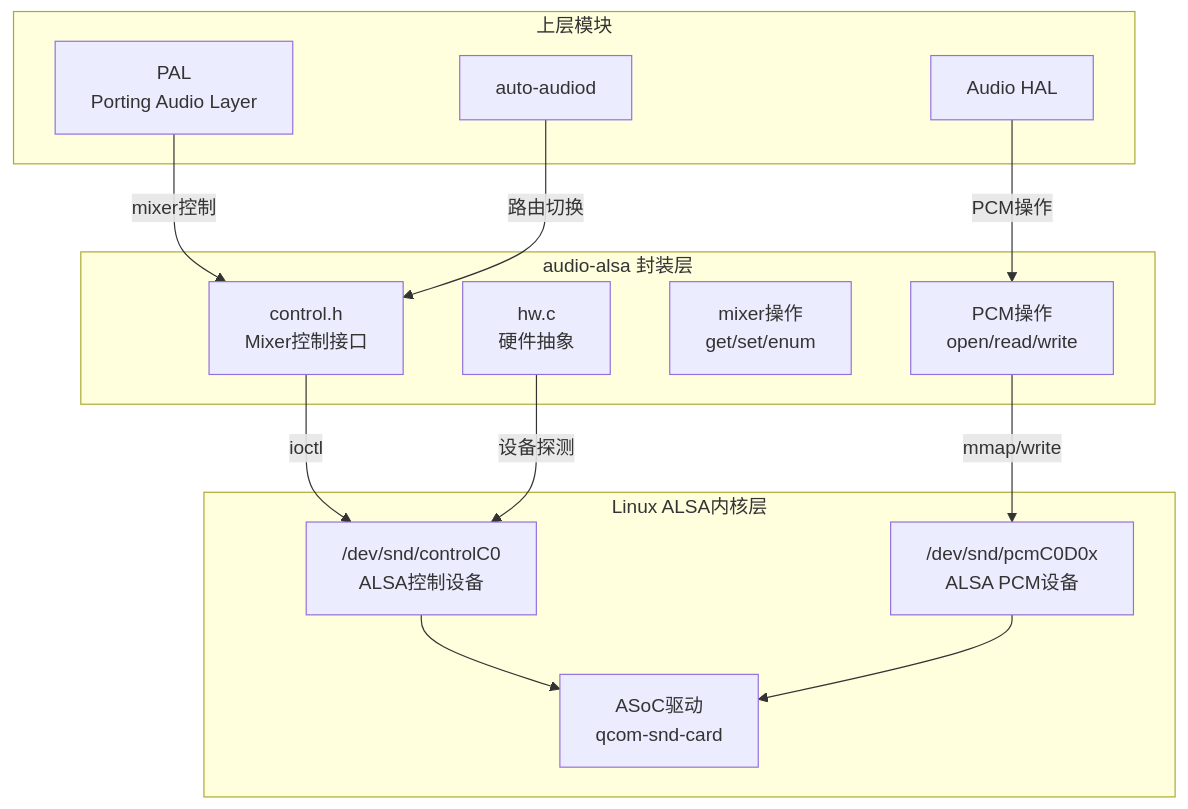
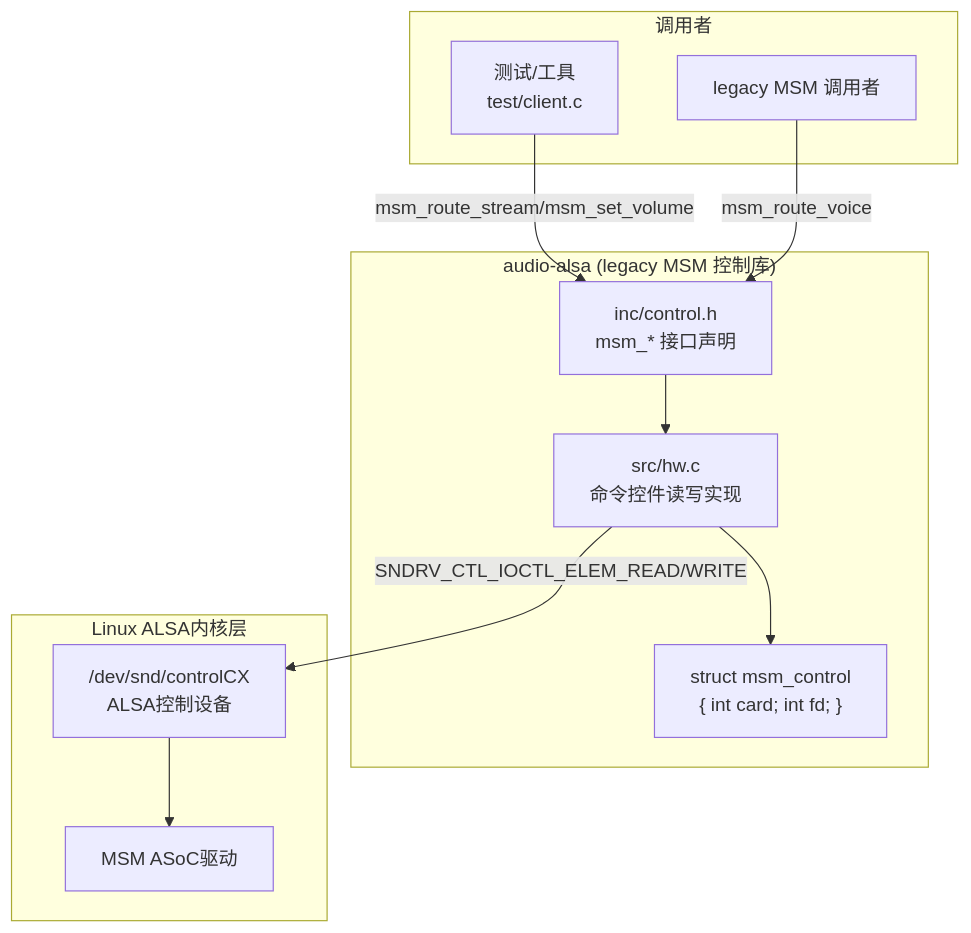
One commit to yanglinzhen1022/SA8295_AAOS_QNX_Audio_KnowledgeBase changed the first of 2 diagrams in 15_PAL_Architecture/15_15.12_QC_audio-alsa_ALSA层实现.md. Above: the diagram before and after it, drawn with Mermaid. The commit also changed other lines of this file and 48 other files, not shown here.

````diff
--- a/15_PAL_Architecture/15_15.12_QC_audio-alsa_ALSA层实现.md
+++ b/15_PAL_Architecture/15_15.12_QC_audio-alsa_ALSA层实现.md
@@ -19,30 +25,25 @@
 ```mermaid
 graph TB
-    subgraph Upper["上层模块"]
-        PAL["PAL<br/>Porting Audio Layer"]
-        HAL["Audio HAL"]
-        AUDIOD["auto-audiod"]
+    subgraph Upper["调用者"]
+        TOOL["测试/工具<br/>test/client.c"]
+        LEGACY["legacy MSM 调用者"]
     end
 
-    subgraph AudioALSA["audio-alsa 封装层"]
-        CTL["control.h<br/>Mixer控制接口"]
-        HW["hw.c<br/>硬件抽象"]
-        MIXER["mixer操作<br/>get/set/enum"]
-        PCM_OPS["PCM操作<br/>open/read/write"]
+    subgraph AudioALSA["audio-alsa (legacy MSM 控制库)"]
+        CTL["inc/control.h<br/>msm_* 接口声明"]
+        HW["src/hw.c<br/>命令控件读写实现"]
+        MC["struct msm_control<br/>{ int card; int fd; }"]
     end
 
     subgraph Kernel["Linux ALSA内核层"]
-        SND_CTL["/dev/snd/controlC0<br/>ALSA控制设备"]
-        SND_PCM["/dev/snd/pcmC0D0x<br/>ALSA PCM设备"]
-        ASoC["ASoC驱动<br/>qcom-snd-card"]
+        SND_CTL["/dev/snd/controlCX<br/>ALSA控制设备"]
+        ASoC["MSM ASoC驱动"]
     end
 
-    PAL -->|mixer控制| CTL
-    HAL -->|PCM操作| PCM_OPS
-    AUDIOD -->|路由切换| CTL
-    CTL -->|ioctl| SND_CTL
-    HW -->|设备探测| SND_CTL
-    PCM_OPS -->|mmap/write| SND_PCM
+    TOOL -->|msm_route_stream/msm_set_volume| CTL
+    LEGACY -->|msm_route_voice| CTL
+    CTL --> HW
+    HW --> MC
+    HW -->|SNDRV_CTL_IOCTL_ELEM_READ/WRITE| SND_CTL
     SND_CTL --> ASoC
-    SND_PCM --> ASoC
 ```
````
